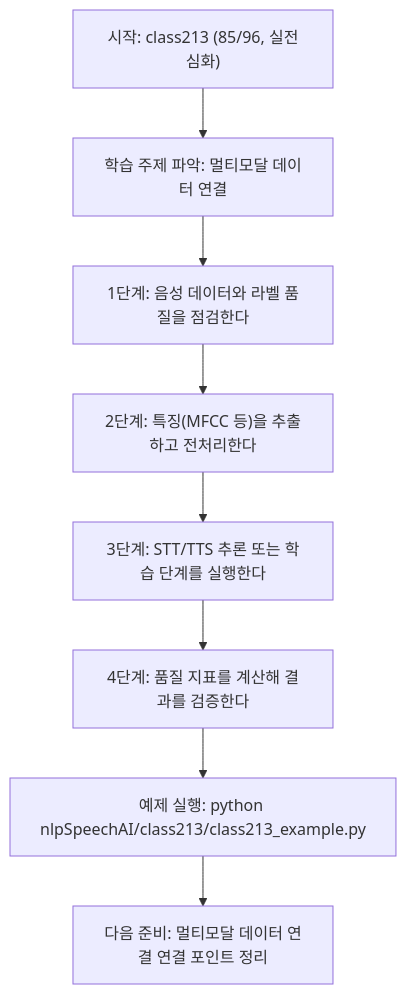
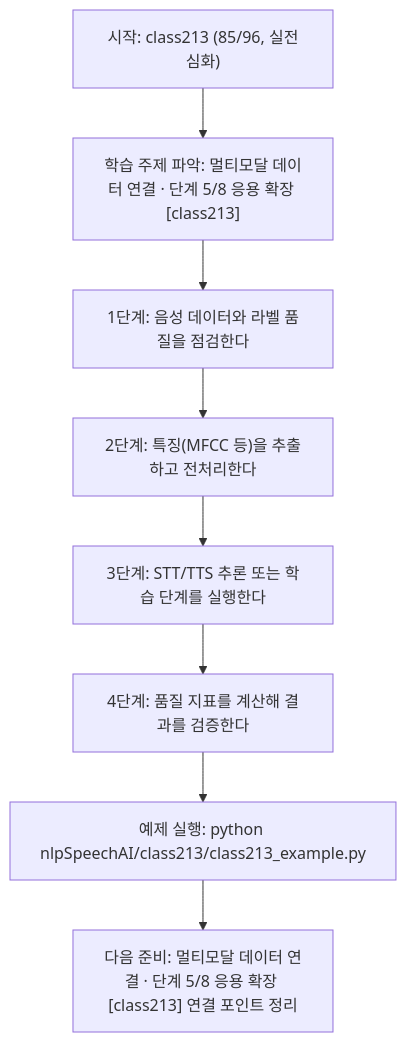
One commit to edumgt/Python-AI_Agent-Class changed the diagram in nlpSpeechAI/class213/class213.md. Above: the diagram before and after it, drawn with Mermaid. The commit also changed other lines of this file and 522 other files, not shown here.

````diff
--- a/nlpSpeechAI/class213/class213.md
+++ b/nlpSpeechAI/class213/class213.md
@@ -113,18 +114,18 @@
 ```mermaid
 flowchart TD
 N1["시작: class213 (85/96, 실전심화)"]
-N2["학습 주제 파악: 멀티모달 데이터 연결"]
+N2["학습 주제 파악: 멀티모달 데이터 연결 · 단계 5/8 응용 확장 [class213]"]
 N3["1단계: 음성 데이터와 라벨 품질을 점검한다"]
 N4["2단계: 특징(MFCC 등)을 추출하고 전처리한다"]
 N5["3단계: STT/TTS 추론 또는 학습 단계를 실행한다"]
 N6["4단계: 품질 지표를 계산해 결과를 검증한다"]
 N7["예제 실행: python nlpSpeechAI/class213/class213_example.py"]
-N8["다음 준비: 멀티모달 데이터 연결 연결 포인트 정리"]
+N8["다음 준비: 멀티모달 데이터 연결 · 단계 5/8 응용 확장 [class213] 연결 포인트 정리"]
 N1 --> N2
 N2 --> N3
 N3 --> N4
 N4 --> N5
 N5 --> N6
 N6 --> N7
 N7 --> N8
 ```
````
